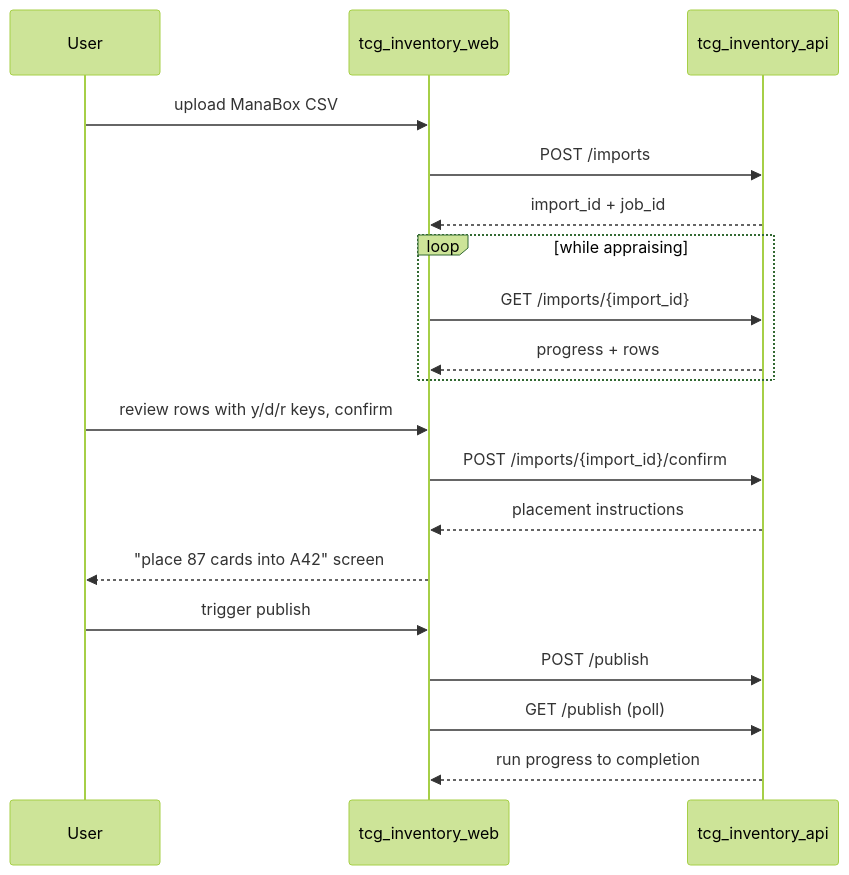
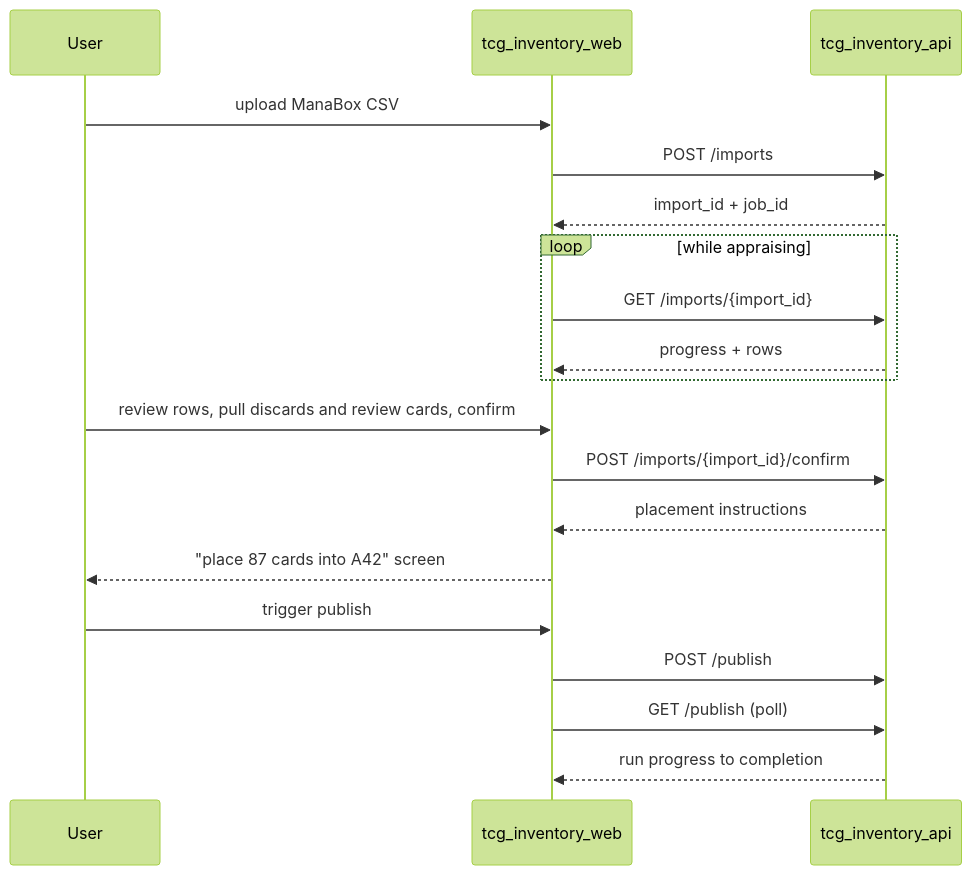
Before and after one commit to jordansimsmith/jordansimsmith-com: the second of 2 diagrams in tcg_inventory_web/README.md, drawn with Mermaid (forest theme). The commit also changed other lines of this file and 10 other files, not shown here.

Commit message:
Add import review and confirm flow

````diff
--- a/tcg_inventory_web/README.md
+++ b/tcg_inventory_web/README.md
@@ -54,22 +54,22 @@
 ```mermaid
 sequenceDiagram
   participant user as User
   participant web as tcg_inventory_web
   participant api as tcg_inventory_api
 
   user->>web: upload ManaBox CSV
   web->>api: POST /imports
   api-->>web: import_id + job_id
   loop while appraising
     web->>api: GET /imports/{import_id}
     api-->>web: progress + rows
   end
-  user->>web: review rows with y/d/r keys, confirm
+  user->>web: review rows, pull discards and review cards, confirm
   web->>api: POST /imports/{import_id}/confirm
   api-->>web: placement instructions
   web-->>user: "place 87 cards into A42" screen
   user->>web: trigger publish
   web->>api: POST /publish
   web->>api: GET /publish (poll)
   api-->>web: run progress to completion
 ```
````
